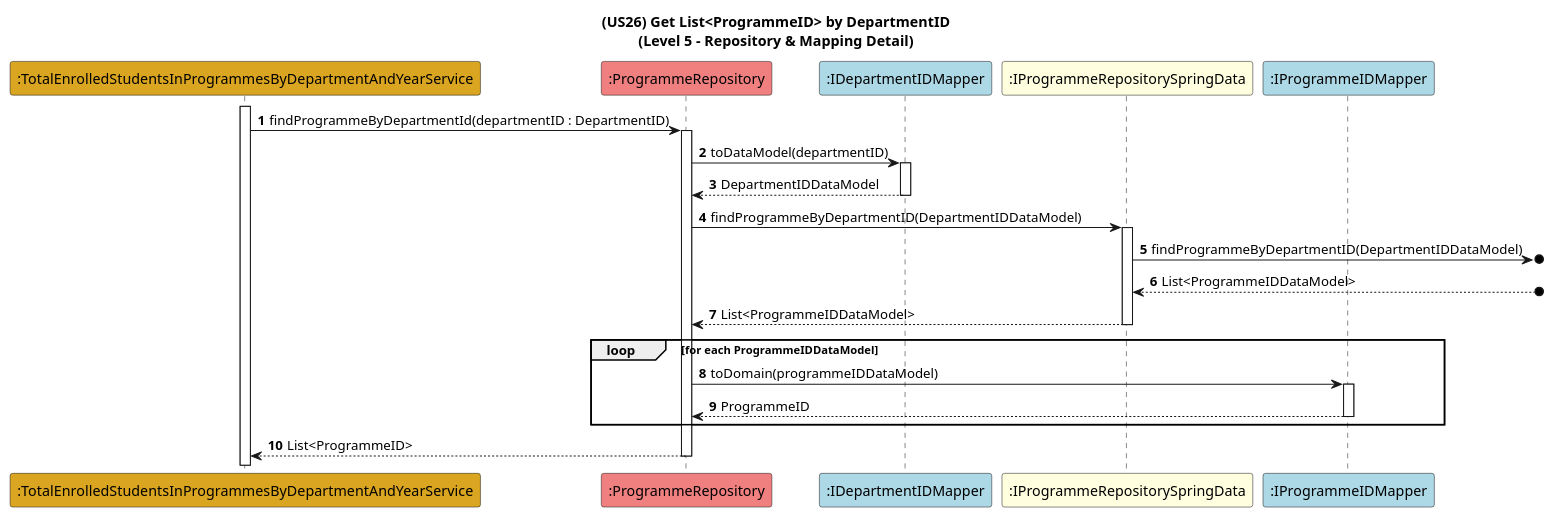
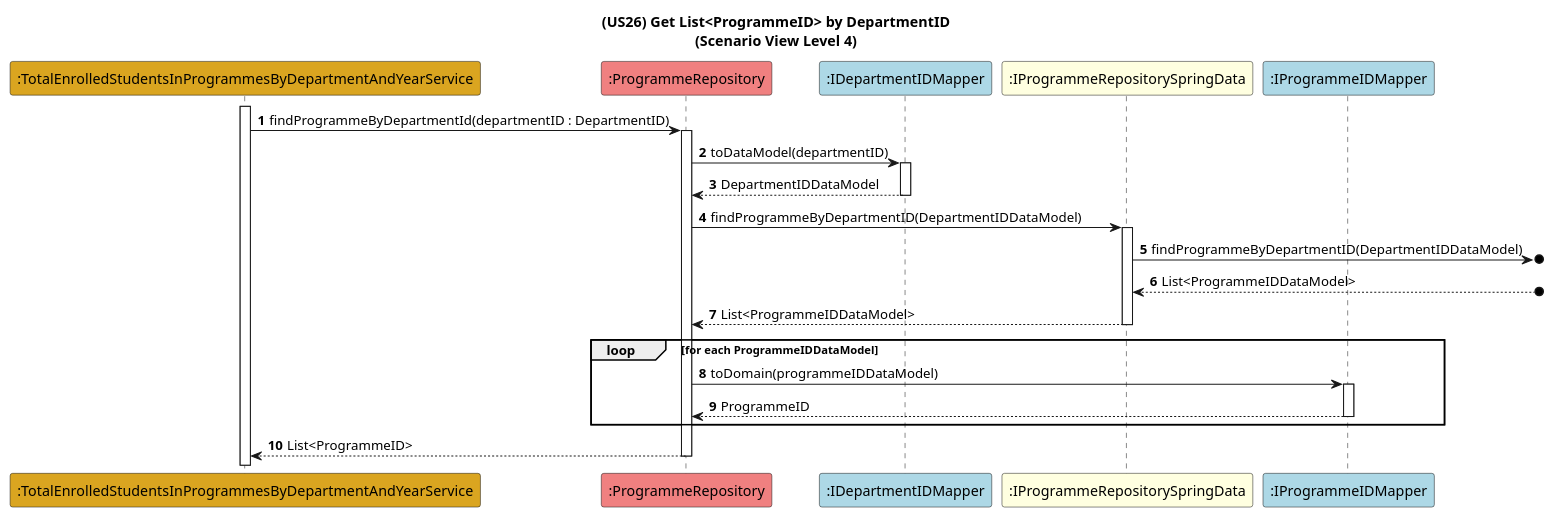
The diagram in docs/US26/Sprint6_RestAPI/ScenarioView/References/Ref-findProgrammeByDepartment.puml (GasparISEP/DevOps-PAI), drawn with PlantUML before and after one commit. The commit also changed 2 other files, not shown here.

Commit message:
docs: add scenario view Level 4 for US26 (get List<ProgrammeEditionEnrolment>). Refs #687

```diff
--- a/docs/US26/Sprint6_RestAPI/ScenarioView/References/Ref-findProgrammeByDepartment.puml
+++ b/docs/US26/Sprint6_RestAPI/ScenarioView/References/Ref-findProgrammeByDepartment.puml
@@ -1,32 +1,32 @@
 @startuml
-title (US26) Get List<ProgrammeID> by DepartmentID\n(Level 5 - Repository & Mapping Detail)
+title (US26) Get List<ProgrammeID> by DepartmentID\n(Scenario View Level 4)
 
 autonumber
 
 participant ":TotalEnrolledStudentsInProgrammesByDepartmentAndYearService" as Service #goldenrod
 participant ":ProgrammeRepository" as ProgRepo #lightcoral
 participant ":IDepartmentIDMapper" as DepIDMapper #lightblue
 participant ":IProgrammeRepositorySpringData" as ProgRepoSpringData #lightyellow
 participant ":IProgrammeIDMapper" as ProgIDMapper #lightblue
 activate Service
 
 Service -> ProgRepo ++: findProgrammeByDepartmentId(departmentID : DepartmentID)
 
 ProgRepo -> DepIDMapper ++: toDataModel(departmentID)
 DepIDMapper --> ProgRepo --: DepartmentIDDataModel
 
 ProgRepo -> ProgRepoSpringData ++: findProgrammeByDepartmentID(DepartmentIDDataModel)
 ProgRepoSpringData ->o]: findProgrammeByDepartmentID(DepartmentIDDataModel)
 ProgRepoSpringData <--o]: List<ProgrammeIDDataModel>
 
 ProgRepoSpringData --> ProgRepo --: List<ProgrammeIDDataModel>
 
 
 loop for each ProgrammeIDDataModel
     ProgRepo -> ProgIDMapper ++: toDomain(programmeIDDataModel)
     ProgIDMapper --> ProgRepo --: ProgrammeID
 end
 
 ProgRepo --> Service --: List<ProgrammeID>
 
 @enduml
```
